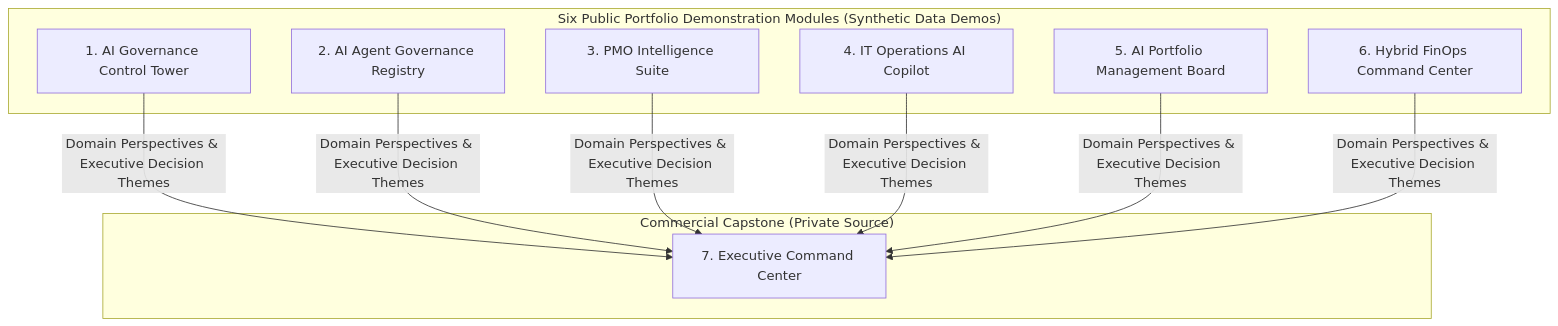
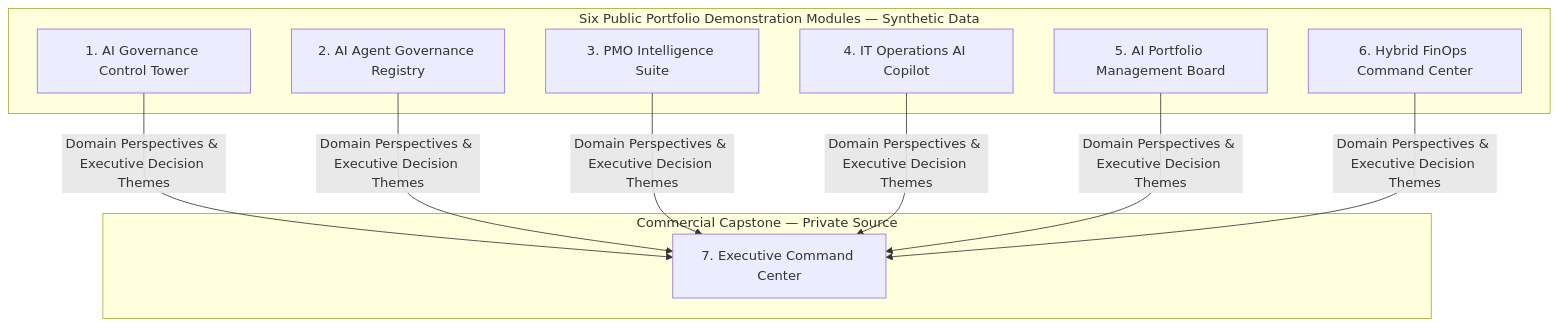
One commit to jovfranco-tech/executive-ai-it-leadership-suite-showcase changed the diagram in README.md. Above: the diagram before and after it, drawn with Mermaid. The commit also changed other lines of this file, not shown here.

First line of the commit message:
docs: lead executive showcase with decisions and live demos (#2)

````diff
--- a/README.md
+++ b/README.md
@@ -24,17 +47,17 @@
 ```mermaid
 flowchart TD
-    subgraph Demos ["Six Public Portfolio Demonstration Modules (Synthetic Data Demos)"]
+    subgraph Demos ["Six Public Portfolio Demonstration Modules — Synthetic Data"]
         M1["1. AI Governance Control Tower"]
         M2["2. AI Agent Governance Registry"]
         M3["3. PMO Intelligence Suite"]
         M4["4. IT Operations AI Copilot"]
         M5["5. AI Portfolio Management Board"]
         M6["6. Hybrid FinOps Command Center"]
     end
 
-    subgraph Capstone ["Commercial Capstone (Private Source)"]
+    subgraph Capstone ["Commercial Capstone — Private Source"]
         ECC["7. Executive Command Center"]
     end
 
     M1 & M2 & M3 & M4 & M5 & M6 -->|Domain Perspectives & Executive Decision Themes| ECC
 ```
````
